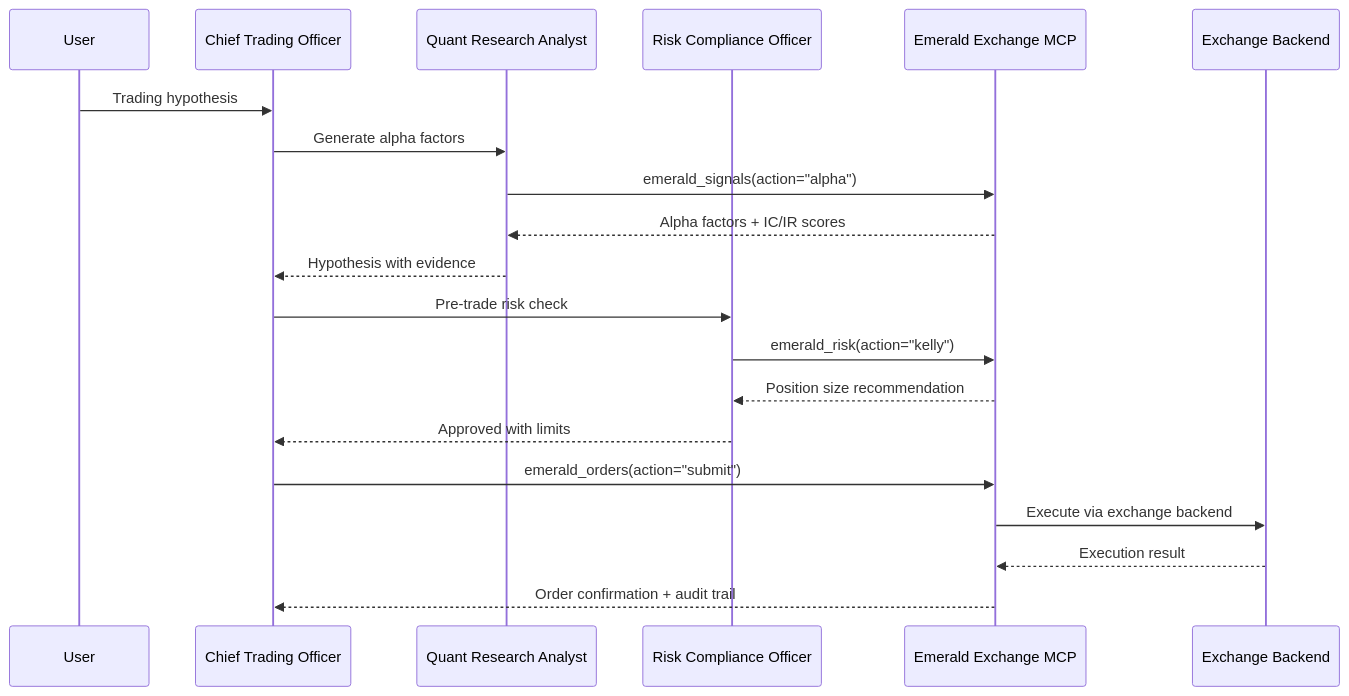
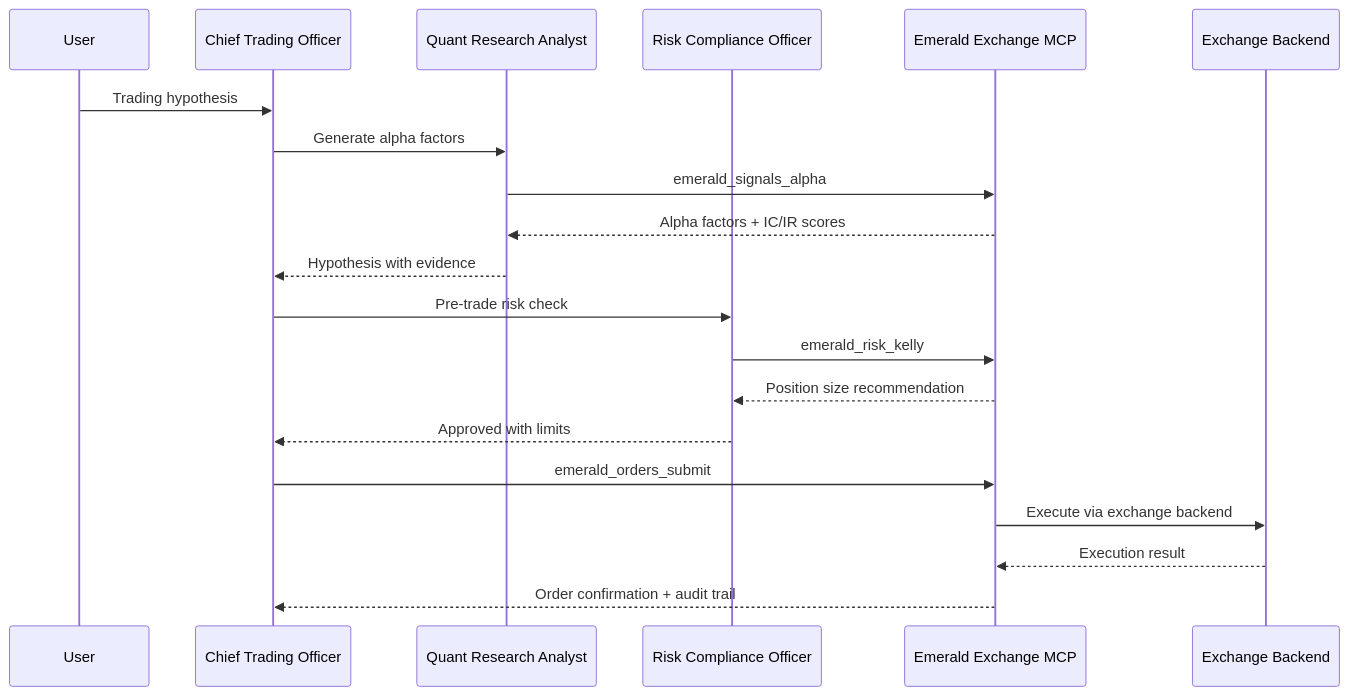
The diagram in docs/overview.md (Knuckles-Team/emerald-exchange), drawn with Mermaid before and after one commit. The commit also changed other lines of this file and 45 other files, not shown here.

````diff
--- a/docs/overview.md
+++ b/docs/overview.md
@@ -110,23 +110,23 @@
 ```mermaid
 sequenceDiagram
     participant User
     participant CTO as Chief Trading Officer
     participant Quant as Quant Research Analyst
     participant Risk as Risk Compliance Officer
     participant MCP as Emerald Exchange MCP
     participant Backend as Exchange Backend
 
     User->>CTO: Trading hypothesis
     CTO->>Quant: Generate alpha factors
-    Quant->>MCP: emerald_signals(action="alpha")
+    Quant->>MCP: emerald_signals_alpha
     MCP-->>Quant: Alpha factors + IC/IR scores
     Quant-->>CTO: Hypothesis with evidence
     CTO->>Risk: Pre-trade risk check
-    Risk->>MCP: emerald_risk(action="kelly")
+    Risk->>MCP: emerald_risk_kelly
     MCP-->>Risk: Position size recommendation
     Risk-->>CTO: Approved with limits
-    CTO->>MCP: emerald_orders(action="submit")
+    CTO->>MCP: emerald_orders_submit
     MCP->>Backend: Execute via exchange backend
     Backend-->>MCP: Execution result
     MCP-->>CTO: Order confirmation + audit trail
 ```
````
